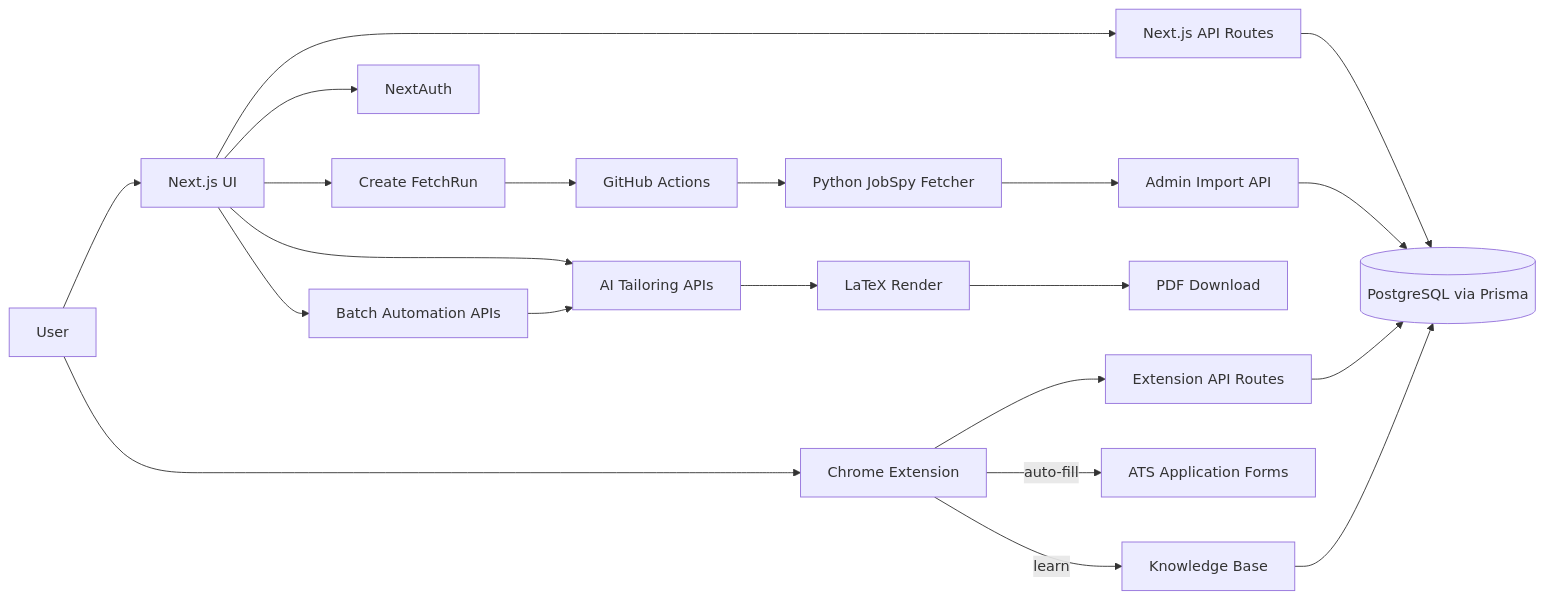
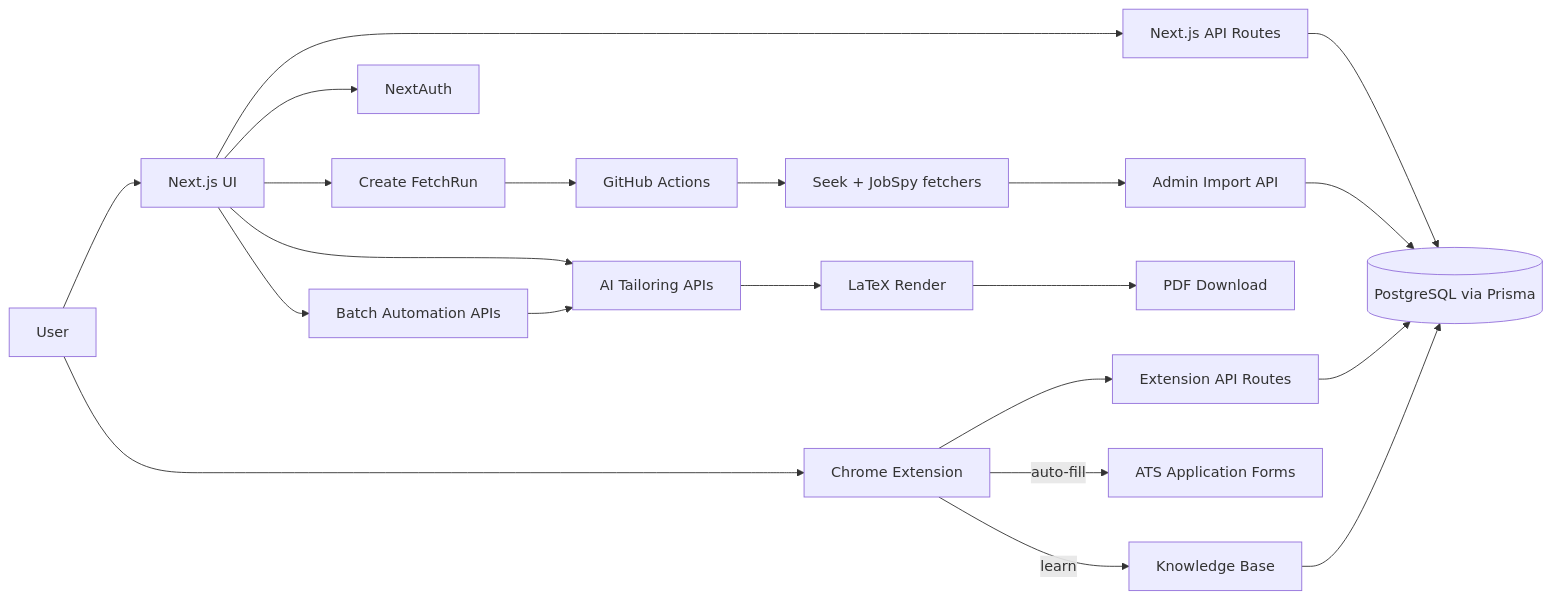
One commit to ShousenZHANG/joblit changed the diagram in README.md. Above: the diagram before and after it, drawn with Mermaid. The commit also changed other lines of this file, not shown here.

First line of the commit message:
docs(readme): align with current product — free/invite, Seek+LinkedIn, access gate

````diff
--- a/README.md
+++ b/README.md
@@ -144,28 +153,28 @@
 ```mermaid
 flowchart LR
   U[User] --> FE[Next.js UI]
   U --> EXT[Chrome Extension]
 
   FE --> API[Next.js API Routes]
   API --> DB[(PostgreSQL via Prisma)]
   FE --> AUTH[NextAuth]
 
   EXT --> EXTAPI[Extension API Routes]
   EXTAPI --> DB
   EXT -->|auto-fill| ATS[ATS Application Forms]
   EXT -->|learn| KB[Knowledge Base]
   KB --> DB
 
   FE --> FR[Create FetchRun]
   FR --> GH[GitHub Actions]
-  GH --> PY[Python JobSpy Fetcher]
+  GH --> PY[Seek + JobSpy fetchers]
   PY --> IMP[Admin Import API]
   IMP --> DB
 
   FE --> AIPATH[AI Tailoring APIs]
   AIPATH --> PDF[LaTeX Render]
   PDF --> DL[PDF Download]
 
   FE --> BATCH[Batch Automation APIs]
   BATCH --> AIPATH
 ```
````
